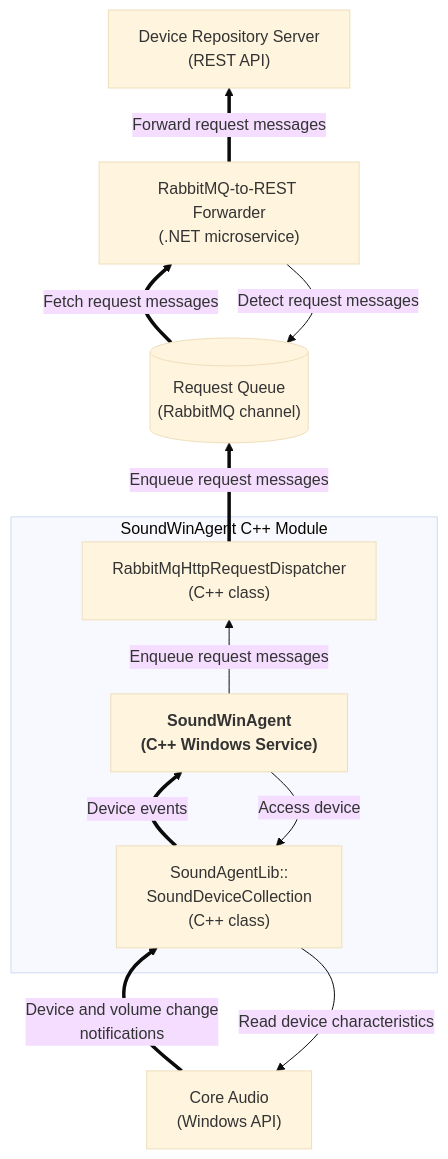
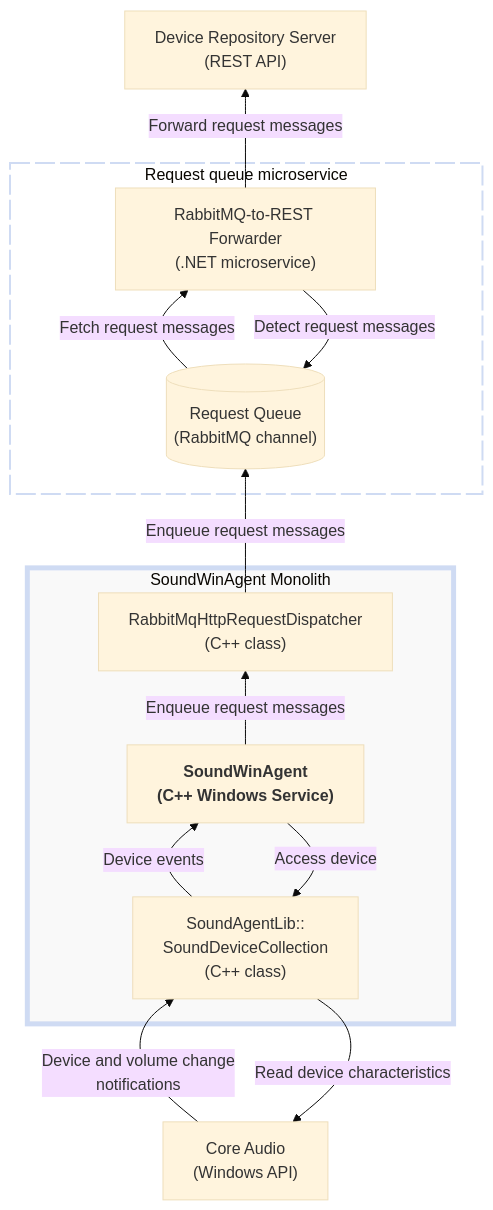
Before and after one commit to collect-sound-devices/win-sound-scanner-go: the diagram in docs/module-interaction02-pred01.mmd, drawn with Mermaid (base theme). The commit also changed 2 other files, not shown here.

Commit message:
enhance consistency in module interaction diagrams

```diff
--- a/docs/module-interaction02-pred01.mmd
+++ b/docs/module-interaction02-pred01.mmd
@@ -1,29 +1,37 @@
 flowchart BT
+
+classDef dottedBox fill:transparent,fill-opacity:0.55, stroke-dasharray:20 5,stroke-width:2px;
+classDef stressedBox fill:#f0f0f0,fill-opacity:0.4,stroke-width:5px;
 
 coreAudioApi["Core Audio<br>(Windows API)"]
 
-subgraph soundWinAgentModule["SoundWinAgent C++ Module"]
+subgraph soundWinAgentModule["SoundWinAgent Monolith"]
     soundDeviceCollection["SoundAgentLib::<br>SoundDeviceCollection<br>(C++ class)"]
     soundWinAgentService["<b>SoundWinAgent<br>(C++ Windows Service)</b>"]
     rabbitMqHttpRequestDispatcher["RabbitMqHttpRequestDispatcher<br>(C++ class)"]
 
     soundWinAgentService --> |Access device| soundDeviceCollection
-    soundDeviceCollection ==> |Device events| soundWinAgentService
+    soundDeviceCollection --> |Device events| soundWinAgentService
 
     soundWinAgentService --> |Enqueue request messages| rabbitMqHttpRequestDispatcher
 end
+class soundWinAgentModule stressedBox
 
-coreAudioApi ==> |Device and volume change<br>notifications| soundDeviceCollection
+coreAudioApi --> |Device and volume change<br>notifications| soundDeviceCollection
 soundDeviceCollection --> |Read device characteristics| coreAudioApi
 
-requestQueue[("Request Queue<br>(RabbitMQ channel)")]
-rabbitMqRestForwarder["RabbitMQ-to-REST Forwarder<br>(.NET microservice)"]
+subgraph requestQueueMicroservice["Request queue microservice"]
+    requestQueue[("Request Queue<br>(RabbitMQ channel)")]
+    rabbitMqRestForwarder["RabbitMQ-to-REST Forwarder<br>(.NET microservice)"]
+end
+class requestQueueMicroservice dottedBox
+
 deviceRepositoryApi["Device Repository Server<br>(REST API)"]
 
-rabbitMqHttpRequestDispatcher ==> |Enqueue request messages| requestQueue
+rabbitMqHttpRequestDispatcher --> |Enqueue request messages| requestQueue
 
 
-requestQueue ==> |Fetch request messages| rabbitMqRestForwarder
+requestQueue --> |Fetch request messages| rabbitMqRestForwarder
 rabbitMqRestForwarder --> |Detect request messages| requestQueue
 
-rabbitMqRestForwarder ==> |Forward request messages| deviceRepositoryApi
+rabbitMqRestForwarder --> |Forward request messages| deviceRepositoryApi
```
